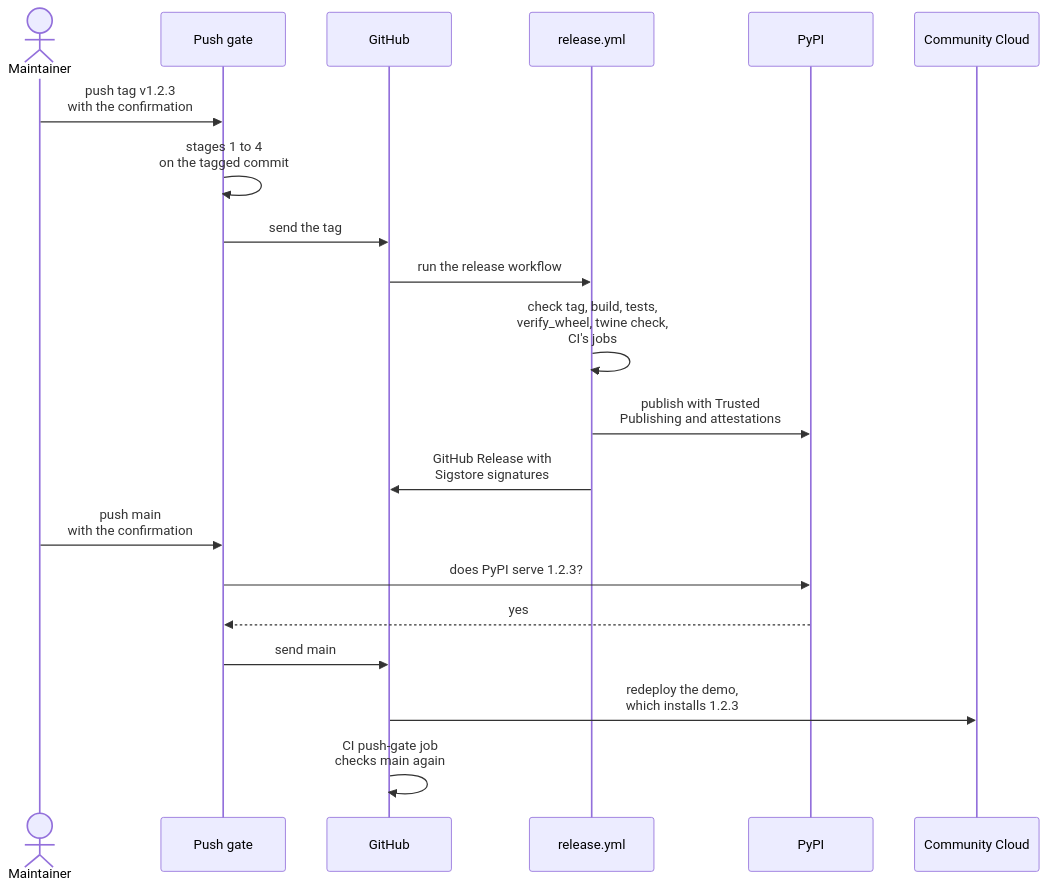
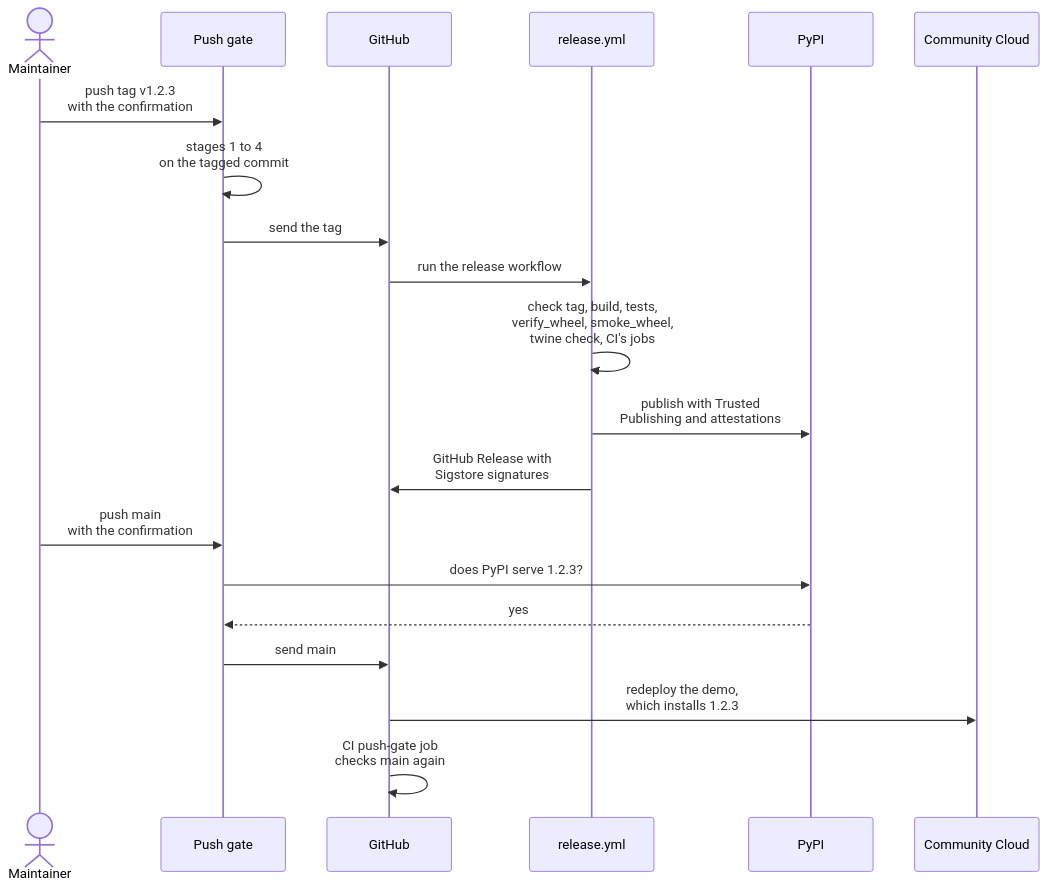
The fifth of 7 diagrams in HARNESS.md (LelandGrunt/streamlit-listview), drawn with Mermaid before and after one commit. The commit also changed other lines of this file and 25 other files, not shown here.

````diff
--- a/HARNESS.md
+++ b/HARNESS.md
@@ -223,22 +226,22 @@
 ```mermaid
 sequenceDiagram
     actor M as Maintainer
     participant G as Push gate
     participant GH as GitHub
     participant R as release.yml
     participant P as PyPI
     participant C as Community Cloud
     M->>G: push tag v1.2.3<br/>with the confirmation
     G->>G: stages 1 to 4<br/>on the tagged commit
     G->>GH: send the tag
     GH->>R: run the release workflow
-    R->>R: check tag, build, tests,<br/>verify_wheel, twine check,<br/>CI's jobs
+    R->>R: check tag, build, tests,<br/>verify_wheel, smoke_wheel,<br/>twine check, CI's jobs
     R->>P: publish with Trusted<br/>Publishing and attestations
     R->>GH: GitHub Release with<br/>Sigstore signatures
     M->>G: push main<br/>with the confirmation
     G->>P: does PyPI serve 1.2.3?
     P-->>G: yes
     G->>GH: send main
     GH->>C: redeploy the demo,<br/>which installs 1.2.3
     GH->>GH: CI push-gate job<br/>checks main again
 ```
````
